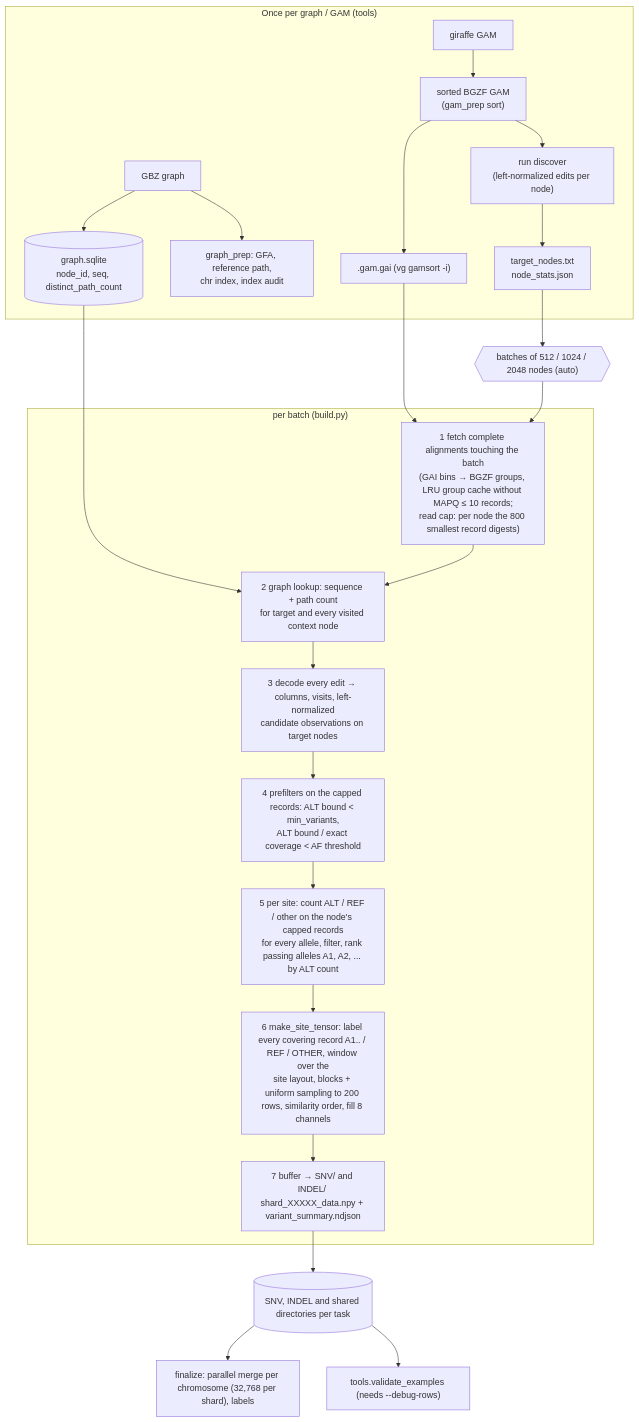
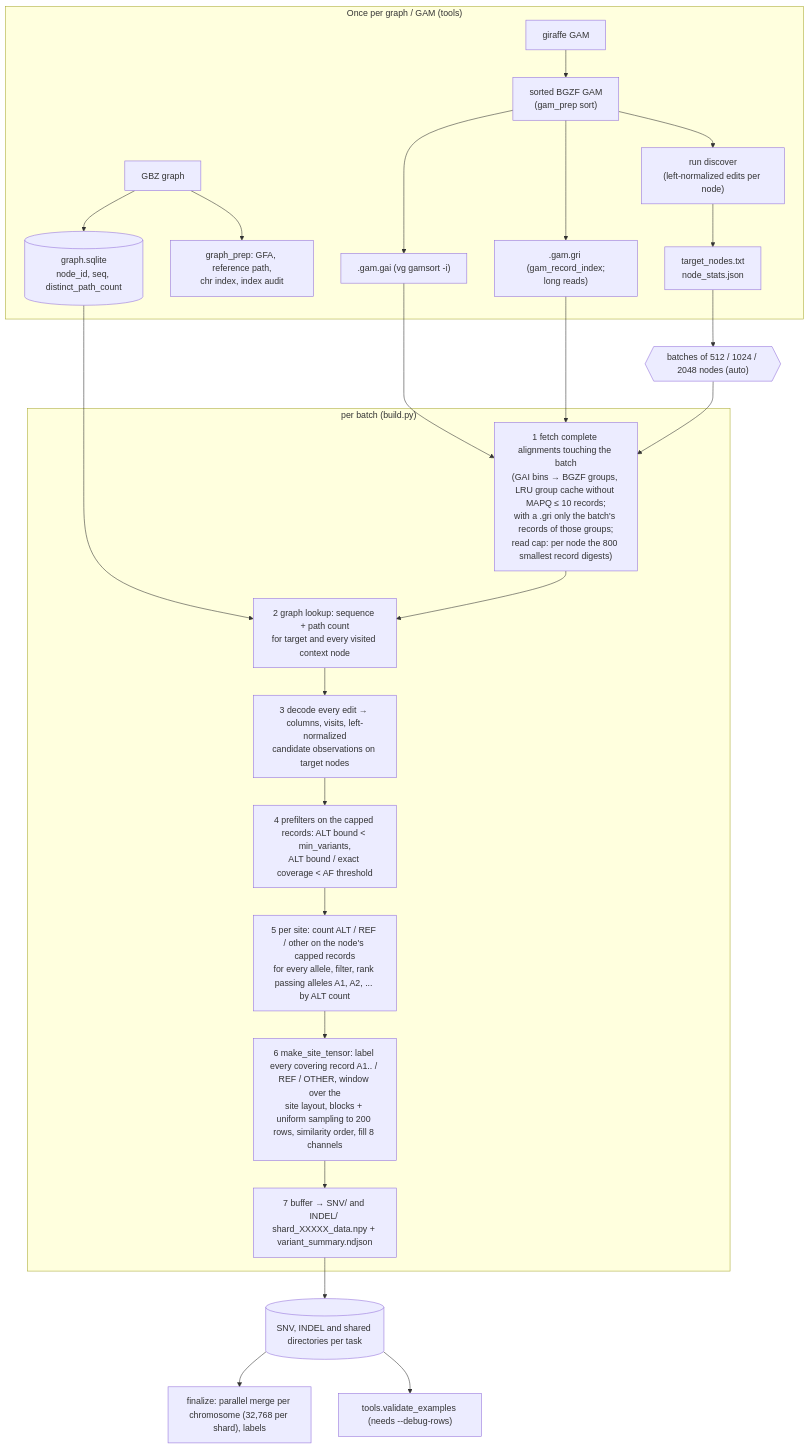
The diagram in indexed_gam_pipeline_v4/README.md (Jiawei-Shen/Pansoma), drawn with Mermaid before and after one commit. The commit also changed other lines of this file and 9 other files, not shown here.

````diff
--- a/indexed_gam_pipeline_v4/README.md
+++ b/indexed_gam_pipeline_v4/README.md
@@ -82,27 +84,29 @@
 ```mermaid
 flowchart TD
     subgraph once["Once per graph / GAM (tools)"]
         GBZ["GBZ graph"] --> GIDX[("graph.sqlite<br/>node_id, seq, distinct_path_count")]
         GBZ --> PREP["graph_prep: GFA, reference path,<br/>chr index, index audit"]
         RAW["giraffe GAM"] --> GAM["sorted BGZF GAM<br/>(gam_prep sort)"] --> GAI[".gam.gai (vg gamsort -i)"]
+        GAM --> GRI[".gam.gri (gam_record_index;<br/>long reads)"]
         GAM --> DISC["run discover<br/>(left-normalized edits per node)"] --> NODES["target_nodes.txt<br/>node_stats.json"]
     end
 
     NODES --> BATCH{{"batches of 512 / 1024 / 2048 nodes (auto)"}}
     subgraph batch["per batch (build.py)"]
-        F["1 fetch complete alignments touching the batch<br/>(GAI bins → BGZF groups, LRU group cache without MAPQ ≤ 10 records;<br/>read cap: per node the 800 smallest record digests)"]
+        F["1 fetch complete alignments touching the batch<br/>(GAI bins → BGZF groups, LRU group cache without MAPQ ≤ 10 records;<br/>with a .gri only the batch's records of those groups;<br/>read cap: per node the 800 smallest record digests)"]
         G["2 graph lookup: sequence + path count<br/>for target and every visited context node"]
         D["3 decode every edit → columns, visits, left-normalized<br/>candidate observations on target nodes"]
         P["4 prefilters on the capped records: ALT bound < min_variants,<br/>ALT bound / exact coverage < AF threshold"]
         C["5 per site: count ALT / REF / other on the node's capped records<br/>for every allele, filter, rank passing alleles A1, A2, ... by ALT count"]
         T["6 make_site_tensor: label every covering record A1.. / REF / OTHER, window over the<br/>site layout, blocks + uniform sampling to 200 rows, similarity order, fill 8 channels"]
         W["7 buffer → SNV/ and INDEL/ shard_XXXXX_data.npy + variant_summary.ndjson"]
         F --> G --> D --> P --> C --> T --> W
     end
     BATCH --> F
     GAI --> F
+    GRI --> F
     GIDX --> G
     W --> OUT[("SNV, INDEL and shared directories per task")]
     OUT --> MERGE["finalize: parallel merge per chromosome (32,768 per shard), labels"]
     OUT --> AUD["tools.validate_examples (needs --debug-rows)"]
 ```
````
